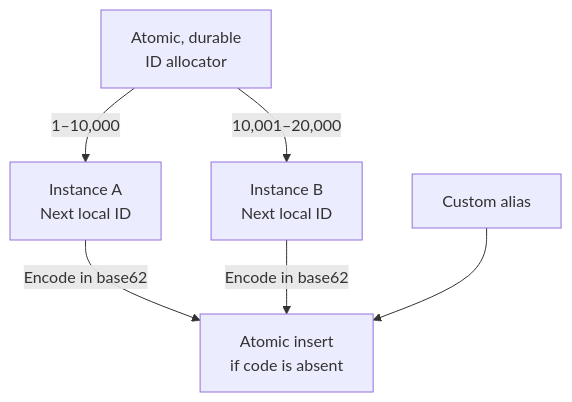
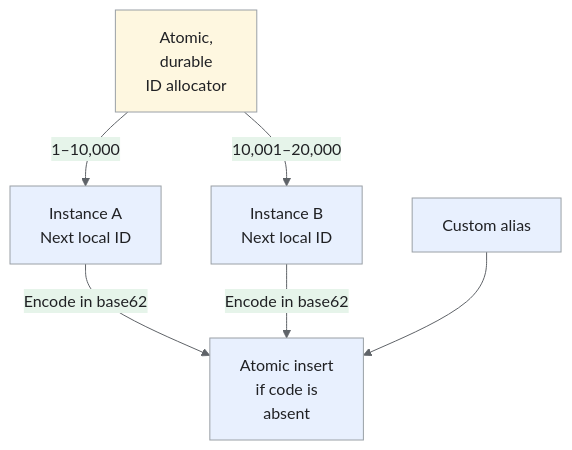
One commit to iliazlobin/iliazlobin.github.io changed the sixth of 7 diagrams in _designs/system-design-bitly-url-shortener.md. Above: the diagram before and after it, drawn with Mermaid. The commit also changed other lines of this file and 131 other files, not shown here.

````diff
--- a/_designs/system-design-bitly-url-shortener.md
+++ b/_designs/system-design-bitly-url-shortener.md
@@ -407,9 +464,15 @@
 ```mermaid
+%%{init: {"theme":"base","themeVariables":{"primaryColor":"#e8f0fe","primaryBorderColor":"#9aa0a6","primaryTextColor":"#202124","secondaryColor":"#e6f4ea","tertiaryColor":"#fef7e0","lineColor":"#5f6368","actorBkg":"#e8f0fe","actorBorder":"#9aa0a6","actorTextColor":"#202124","noteBkgColor":"#fef7e0","noteBorderColor":"#9aa0a6","noteTextColor":"#202124","signalColor":"#5f6368","signalTextColor":"#202124"}}}%%
 flowchart TB
-    Allocator["Atomic, durable<br>ID allocator"]
+    Allocator["Atomic,<br>durable<br>ID allocator"]
     Allocator -->|"1–10,000"| A["Instance A<br>Next local ID"]
     Allocator -->|"10,001–20,000"| B["Instance B<br>Next local ID"]
-    A -->|"Encode in base62"| Insert["Atomic insert<br>if code is absent"]
+    A -->|"Encode in base62"| Insert["Atomic insert<br>if code is<br>absent"]
     B -->|"Encode in base62"| Insert
     Alias["Custom alias"] --> Insert
+  classDef request fill:#e8f0fe,stroke:#9aa0a6,color:#202124,stroke-width:1px
+  classDef background fill:#e6f4ea,stroke:#9aa0a6,color:#202124,stroke-width:1px
+  classDef control fill:#fef7e0,stroke:#9aa0a6,color:#202124,stroke-width:1px
+  class A,B,Insert,Alias request
+  class Allocator control
 ```
````
